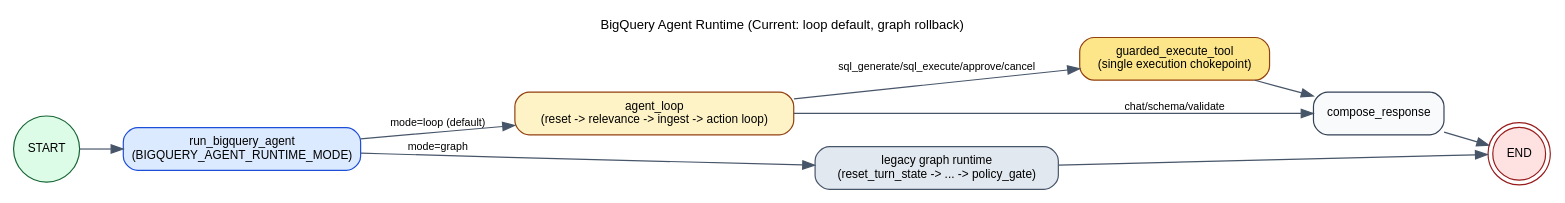
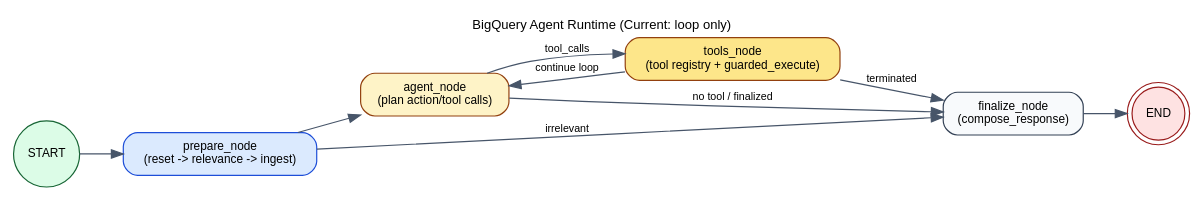
One commit to wanteddev/data-bolt changed the diagram in docs/bigquery_agent_graph_current.dot. Above: the diagram before and after it, drawn with Graphviz. The commit also changed 19 other files, not shown here.

Commit message:
Unify bigquery agent on loop runtime and remove legacy graph

```diff
--- a/docs/bigquery_agent_graph_current.dot
+++ b/docs/bigquery_agent_graph_current.dot
@@ -1,28 +1,26 @@
 digraph BigQueryAgentCurrent {
   rankdir=LR;
-  graph [fontname="Helvetica", fontsize=11, labelloc=t, label="BigQuery Agent Runtime (Current: loop default, graph rollback)"];
+  graph [fontname="Helvetica", fontsize=11, labelloc=t, label="BigQuery Agent Runtime (Current: loop only)"];
   node [shape=box, style="rounded,filled", fillcolor="#f8fafc", color="#334155", fontname="Helvetica", fontsize=10];
   edge [color="#475569", fontname="Helvetica", fontsize=9];
 
   START [shape=circle, style="filled", fillcolor="#dcfce7", color="#166534", label="START"];
   END [shape=doublecircle, style="filled", fillcolor="#fee2e2", color="#991b1b", label="END"];
 
-  runtime_switch [label="run_bigquery_agent\n(BIGQUERY_AGENT_RUNTIME_MODE)", fillcolor="#dbeafe", color="#1d4ed8"];
-  agent_loop [label="agent_loop\n(reset -> relevance -> ingest -> action loop)", fillcolor="#fef3c7", color="#92400e"];
-  guarded_execute [label="guarded_execute_tool\n(single execution chokepoint)", fillcolor="#fde68a", color="#92400e"];
-  compose_response [label="compose_response"];
+  prepare_node [label="prepare_node\n(reset -> relevance -> ingest)", fillcolor="#dbeafe", color="#1d4ed8"];
+  agent_node [label="agent_node\n(plan action/tool calls)", fillcolor="#fef3c7", color="#92400e"];
+  tools_node [label="tools_node\n(tool registry + guarded_execute)", fillcolor="#fde68a", color="#92400e"];
+  finalize_node [label="finalize_node\n(compose_response)"];
 
-  legacy_graph [label="legacy graph runtime\n(reset_turn_state -> ... -> policy_gate)", fillcolor="#e2e8f0", color="#475569"];
+  START -> prepare_node;
+  prepare_node -> agent_node;
+  prepare_node -> finalize_node [label="irrelevant"];
 
-  START -> runtime_switch;
+  agent_node -> tools_node [label="tool_calls"];
+  tools_node -> agent_node [label="continue loop"];
 
-  runtime_switch -> agent_loop [label="mode=loop (default)"];
-  runtime_switch -> legacy_graph [label="mode=graph"];
+  agent_node -> finalize_node [label="no tool / finalized"];
+  tools_node -> finalize_node [label="terminated"];
 
-  agent_loop -> guarded_execute [label="sql_generate/sql_execute/approve/cancel"];
-  agent_loop -> compose_response [label="chat/schema/validate"];
-  guarded_execute -> compose_response;
-
-  compose_response -> END;
-  legacy_graph -> END;
+  finalize_node -> END;
 }
```
